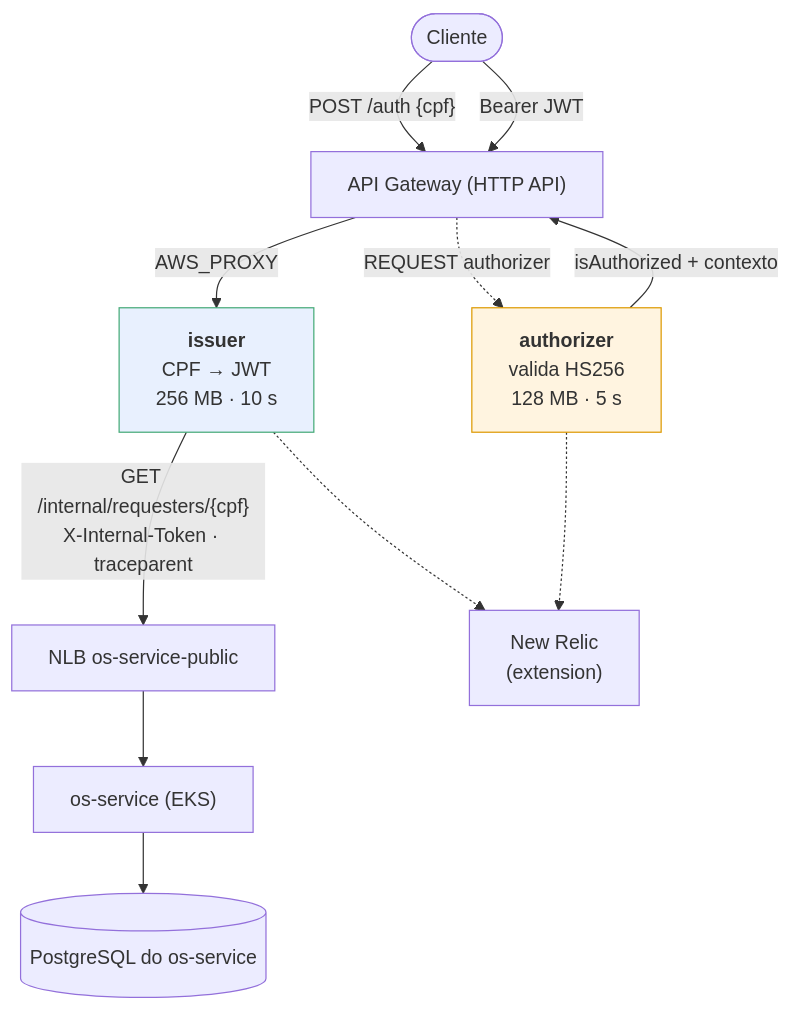
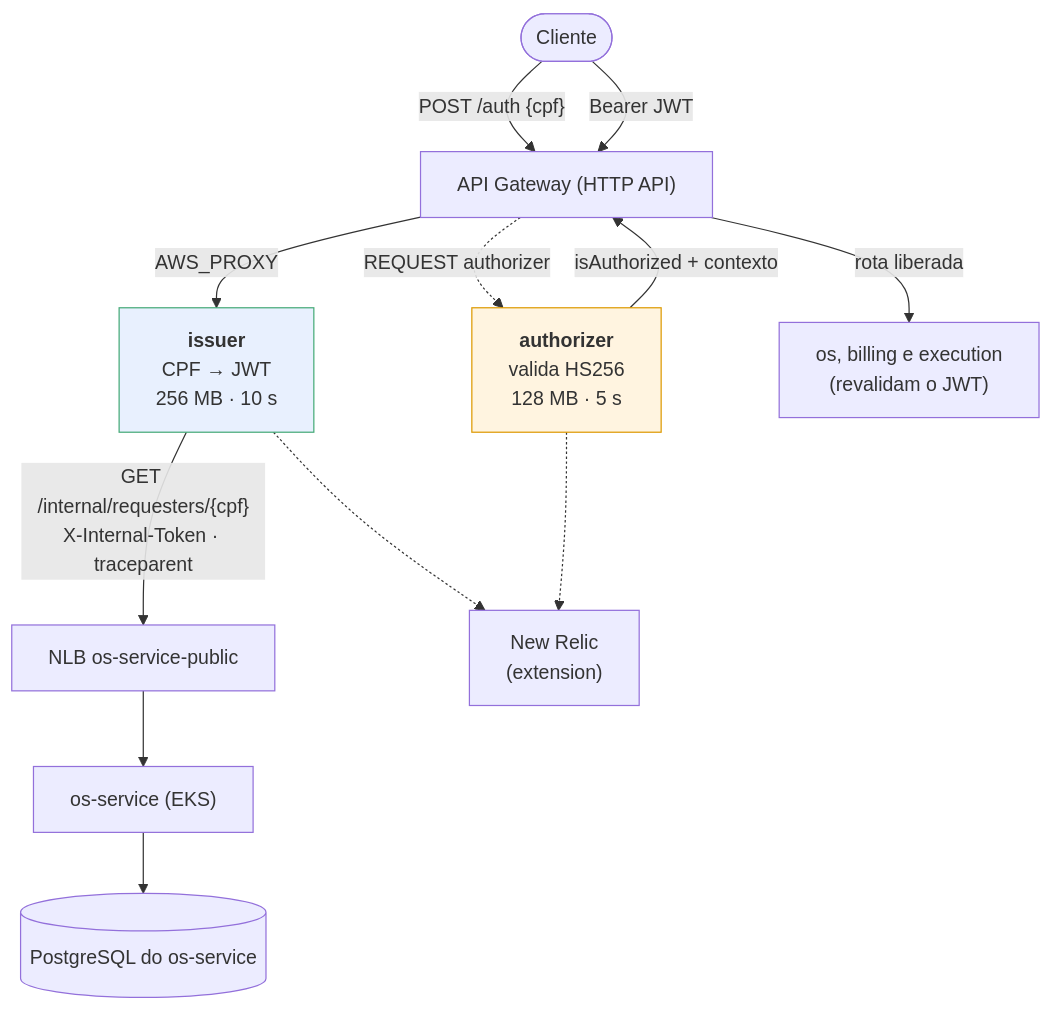
One commit to Kc1t/postech-tc4-lambda-auth changed the first of 3 diagrams in README.md. Above: the diagram before and after it, drawn with Mermaid. The commit also changed other lines of this file, not shown here.

````diff
--- a/README.md
+++ b/README.md
@@ -33,19 +47,20 @@
 ```mermaid
 flowchart TB
     cli(["Cliente"]) -->|"POST /auth {cpf}"| gw["API Gateway (HTTP API)"]
     cli -->|"Bearer JWT"| gw
 
     gw -->|"AWS_PROXY"| iss["<b>issuer</b><br/>CPF → JWT<br/>256 MB · 10 s"]
     gw -.->|"REQUEST authorizer"| az["<b>authorizer</b><br/>valida HS256<br/>128 MB · 5 s"]
 
     iss -->|"GET /internal/requesters/{cpf}<br/>X-Internal-Token · traceparent"| nlb["NLB os-service-public"]
     nlb --> os["os-service (EKS)"]
     os --> pg[("PostgreSQL do os-service")]
     az -->|"isAuthorized + contexto"| gw
+    gw -->|"rota liberada"| svc["os, billing e execution<br/>(revalidam o JWT)"]
 
     iss -.-> nr["New Relic<br/>(extension)"]
     az -.-> nr
 
     style iss fill:#e8f0fe,stroke:#4a7
     style az fill:#fff4e0,stroke:#d90
 ```
````
